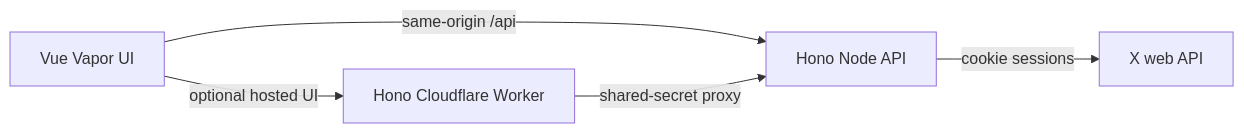
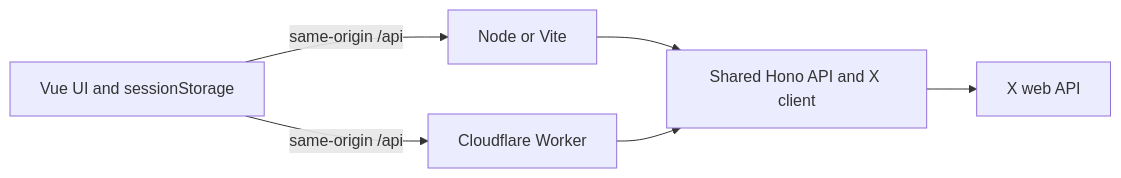
One commit to ywenhao/x-migrate changed the diagram in README.md. Above: the diagram before and after it, drawn with Mermaid. The commit also changed other lines of this file and 30 other files, not shown here.

Commit message:
refactor: share stateless API across Node and Cloudflare

````diff
--- a/README.md
+++ b/README.md
@@ -47,7 +47,8 @@
 ```mermaid
 flowchart LR
-  Browser[Vue Vapor UI] -->|same-origin /api| Node[Hono Node API]
-  Browser -->|optional hosted UI| Worker[Hono Cloudflare Worker]
-  Worker -->|shared-secret proxy| Node
-  Node -->|cookie sessions| X[X web API]
+  Browser[Vue UI and sessionStorage] -->|same-origin /api| Node[Node or Vite]
+  Browser -->|same-origin /api| Worker[Cloudflare Worker]
+  Node --> Core[Shared Hono API and X client]
+  Worker --> Core
+  Core --> X[X web API]
 ```
````
